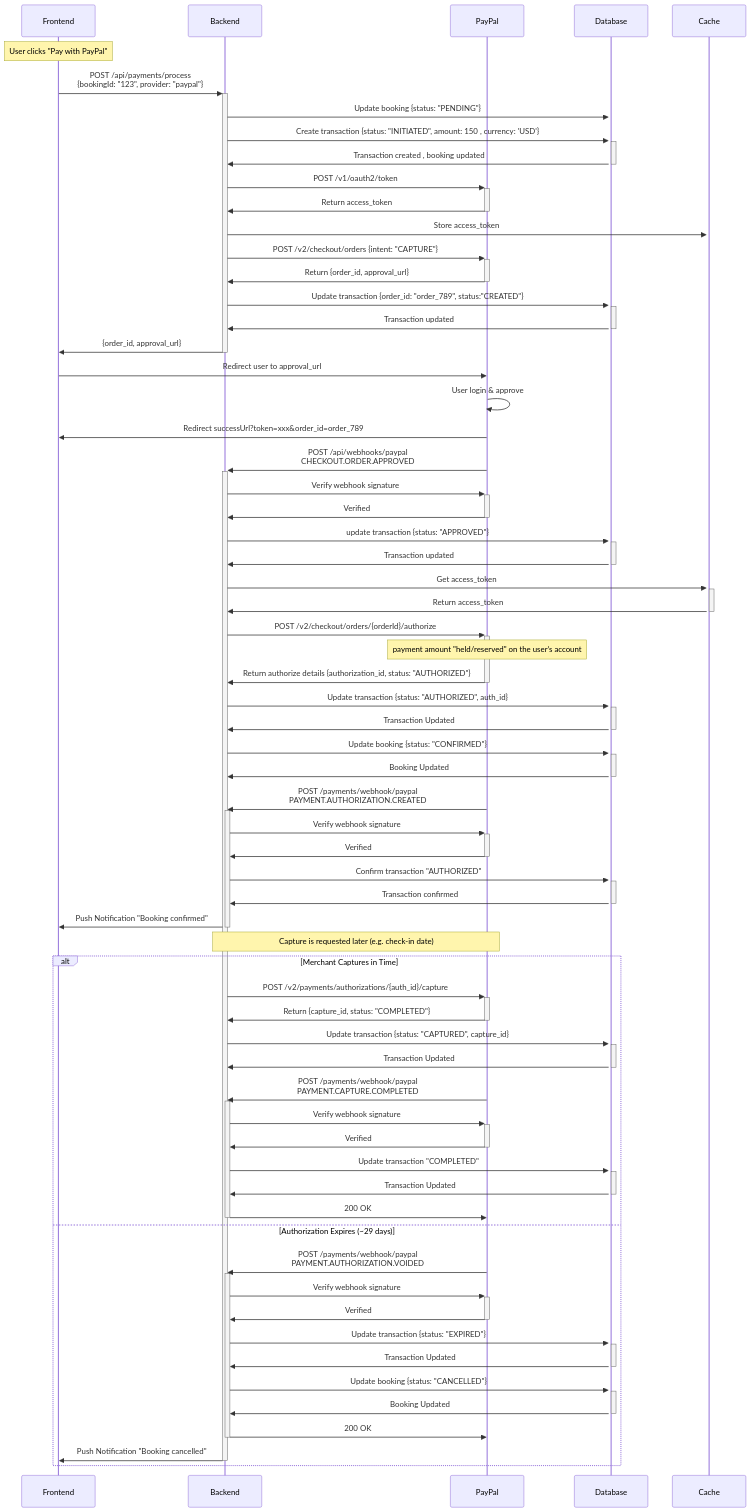
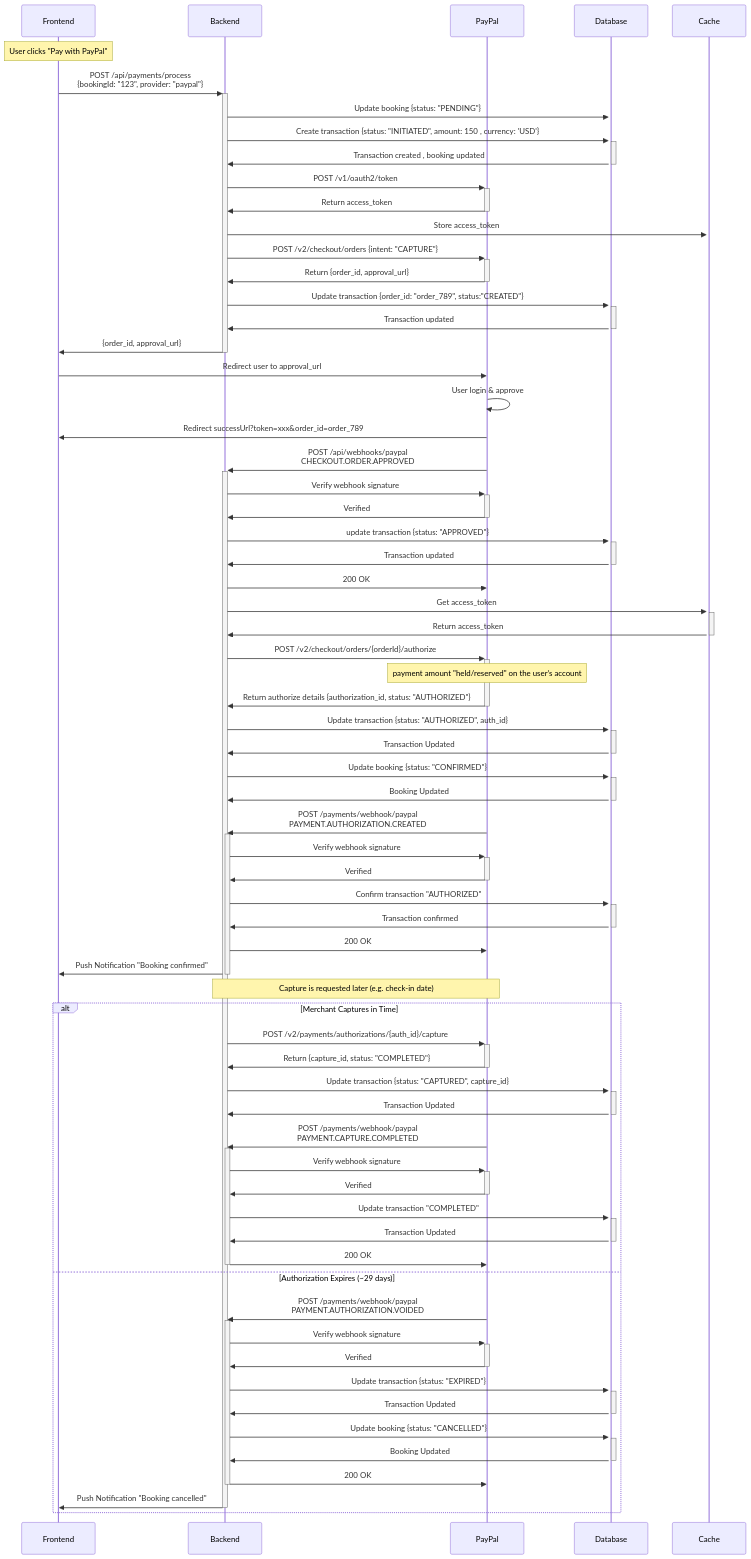
Before and after one commit to randa-magdy/booking-platform-doc: the fourth of 6 diagrams in paypal-integration-doc.md, drawn with Mermaid.

Commit message:
Fix formatting of webhook response status

```diff
--- a/paypal-integration-doc.md
+++ b/paypal-integration-doc.md
@@ -411,7 +411,7 @@
     PP->>-BE: Verified
     BE->>+DB: update transaction {status: "APPROVED"}
     DB->>-BE: Transaction updated
-    %% BE->>-PP: 200 OK
+    BE->>PP: 200 OK
     BE->>+CH: Get access_token
     CH->>-BE: Return access_token
     BE->>+PP: POST /v2/checkout/orders/{orderId}/authorize
@@ -429,7 +429,7 @@
     PP->>-BE: Verified
     BE->>+DB: Confirm transaction "AUTHORIZED"
     DB->>-BE: Transaction confirmed
-    %% BE->>-PP: 200 OK
+    BE->>PP: 200 OK
     BE->>-FE: Push Notification "Booking confirmed"
 
 
```
